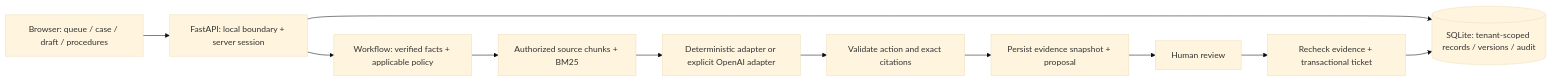
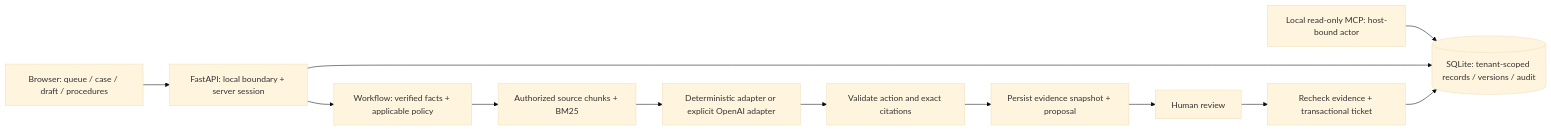
The diagram in docs/ARCHITECTURE.md (ducanhnguyen223/opsdesk), drawn with Mermaid (base theme) before and after one commit. The commit also changed other lines of this file and 7 other files, not shown here.

Commit message:
feat: expose scoped read-only MCP tools

````diff
--- a/docs/ARCHITECTURE.md
+++ b/docs/ARCHITECTURE.md
@@ -3,13 +3,14 @@
 ```mermaid
 flowchart LR
   UI[Browser: queue / case / draft / procedures] --> API[FastAPI: local boundary + server session]
+  MCP[Local read-only MCP: host-bound actor] --> DB
   API --> WORK[Workflow: verified facts + applicable policy]
   API --> DB[(SQLite: tenant-scoped records / versions / audit)]
   WORK --> RET[Authorized source chunks + BM25]
   RET --> PROVIDER[Deterministic adapter or explicit OpenAI adapter]
   PROVIDER --> VALIDATE[Validate action and exact citations]
   VALIDATE --> PROPOSAL[Persist evidence snapshot + proposal]
   PROPOSAL --> REVIEW[Human review]
   REVIEW --> TX[Recheck evidence + transactional ticket]
   TX --> DB
 ```
````
